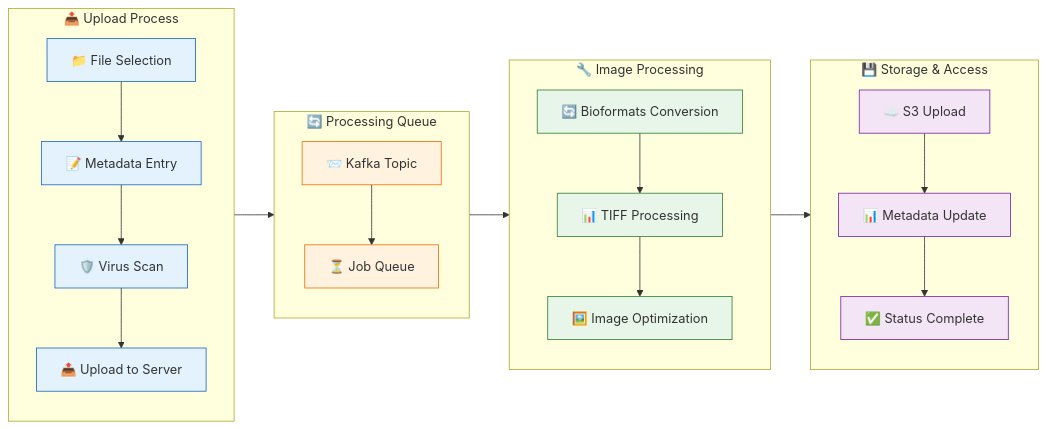
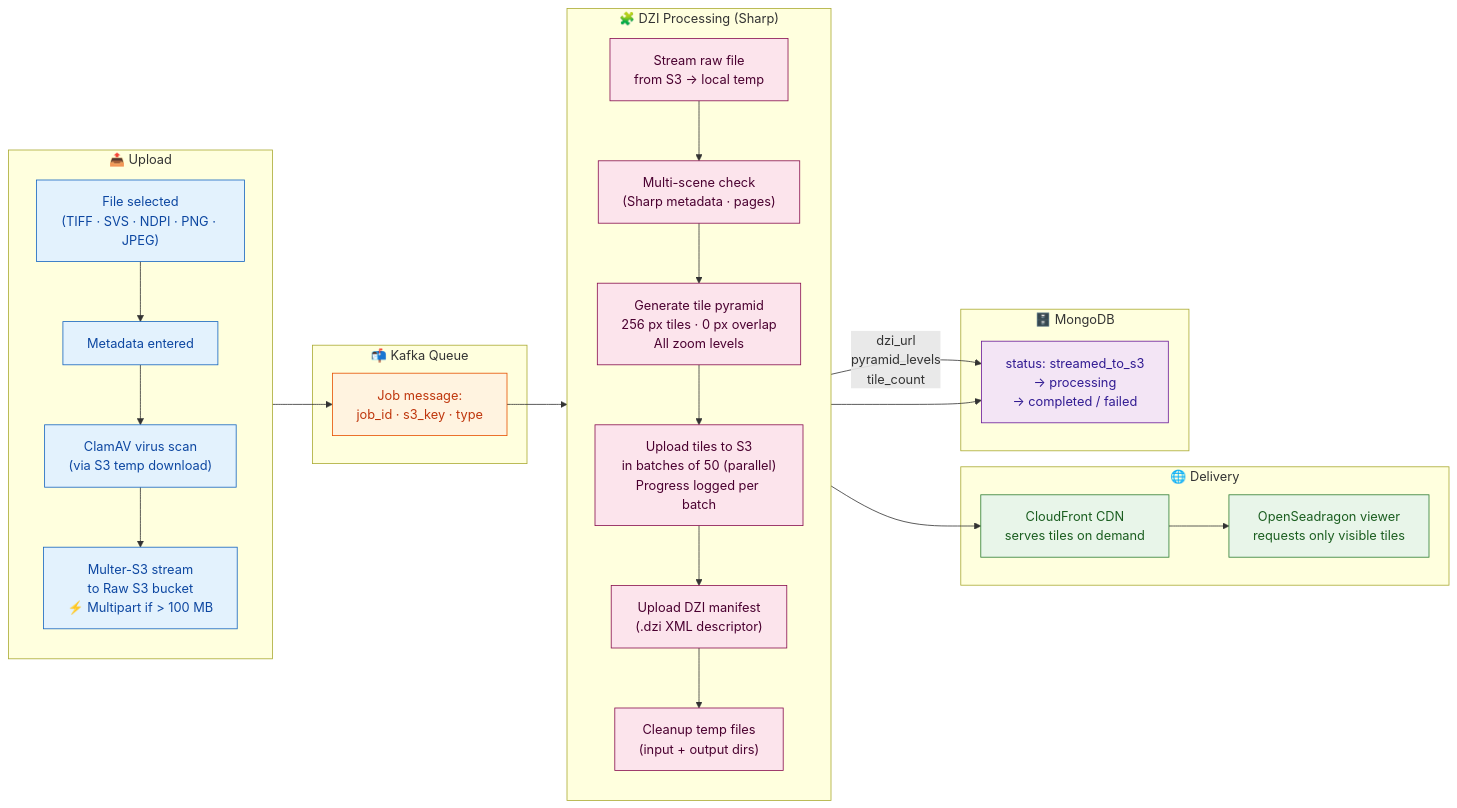
One commit to sakshisingh301/Blood-Smear-Database changed the second of 2 diagrams in README.md. Above: the diagram before and after it, drawn with Mermaid. The commit also changed other lines of this file, not shown here.

First line of the commit message:
Rewrite README: accurate architecture diagrams, DZI pipeline, tech table

````diff
--- a/README.md
+++ b/README.md
@@ -77,53 +95,53 @@
 ```mermaid
 flowchart LR
-    subgraph Upload["📤 Upload Process"]
+    subgraph Upload["📤 Upload"]
         direction TB
-        A["📁 File Selection"]
-        B["📝 Metadata Entry"]
-        C["🛡️ Virus Scan"]
-        D["📤 Upload to Server"]
+        A["File selected\n(TIFF · SVS · NDPI · PNG · JPEG)"]
+        B["Metadata entered"]
+        C["ClamAV virus scan\n(via S3 temp download)"]
+        D["Multer-S3 stream\nto Raw S3 bucket\n⚡ Multipart if > 100 MB"]
     end
 
-    subgraph Queue["🔄 Processing Queue"]
-        direction TB
-        E["📨 Kafka Topic"]
-        F["⏳ Job Queue"]
+    subgraph Queue["📬 Kafka Queue"]
+        E["Job message:\njob_id · s3_key · type"]
     end
 
-    subgraph Processing["🔧 Image Processing"]
+    subgraph DZI["🧩 DZI Processing (Sharp)"]
         direction TB
-        G["🔄 Bioformats Conversion"]
-        H["📊 TIFF Processing"]
-        I["🖼️ Image Optimization"]
+        F["Stream raw file\nfrom S3 → local temp"]
+        G["Multi-scene check\n(Sharp metadata · pages)"]
+        H["Generate tile pyramid\n256 px tiles · 0 px overlap\nAll zoom levels"]
+        I["Upload tiles to S3\nin batches of 50 (parallel)\nProgress logged per batch"]
+        J["Upload DZI manifest\n(.dzi XML descriptor)"]
+        K["Cleanup temp files\n(input + output dirs)"]
     end
 
-    subgraph Storage["💾 Storage & Access"]
-        direction TB
-        J["☁️ S3 Upload"]
-        K["📊 Metadata Update"]
-        L["✅ Status Complete"]
+    subgraph Serve["🌐 Delivery"]
+        L["CloudFront CDN\nserves tiles on demand"]
+        M["OpenSeadragon viewer\nrequests only visible tiles"]
     end
 
-    A --> B
-    B --> C
-    C --> D
+    subgraph DB["🗄️ MongoDB"]
+        N["status: streamed_to_s3\n→ processing\n→ completed / failed"]
+    end
+
+    A --> B --> C --> D
     D --> E
-    E --> F
-    F --> G
-    G --> H
-    H --> I
-    I --> J
-    J --> K
-    K --> L
+    E --> F --> G --> H --> I
+    I --> J --> K
+    I -->|"dzi_url\npyramid_levels\ntile_count"| N
+    K --> N
+    J --> L --> M
 
-    %% Styling
-    classDef upload fill:#e3f2fd,stroke:#1565c0
-    classDef queue fill:#fff3e0,stroke:#ef6c00
-    classDef processing fill:#e8f5e9,stroke:#2e7d32
-    classDef storage fill:#f3e5f5,stroke:#7b1fa2
+    classDef upload fill:#e3f2fd,stroke:#1565c0,color:#0d47a1
+    classDef queue fill:#fff3e0,stroke:#e65100,color:#bf360c
+    classDef dzi fill:#fce4ec,stroke:#880e4f,color:#4a0030
+    classDef serve fill:#e8f5e9,stroke:#2e7d32,color:#1b5e20
+    classDef db fill:#f3e5f5,stroke:#6a1b9a,color:#311b92
 
     class A,B,C,D upload
-    class E,F queue
-    class G,H,I processing
-    class J,K,L storage
+    class E queue
+    class F,G,H,I,J,K dzi
+    class L,M serve
+    class N db
 ```
````
